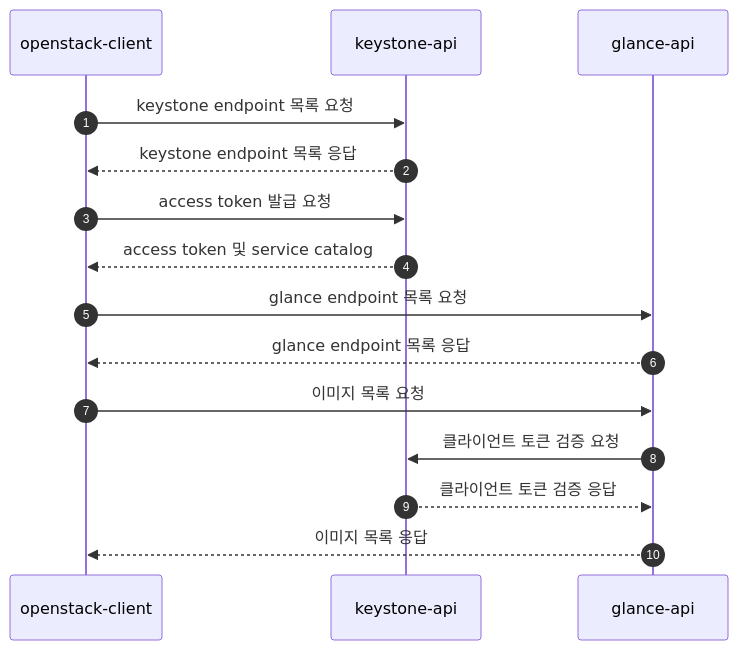
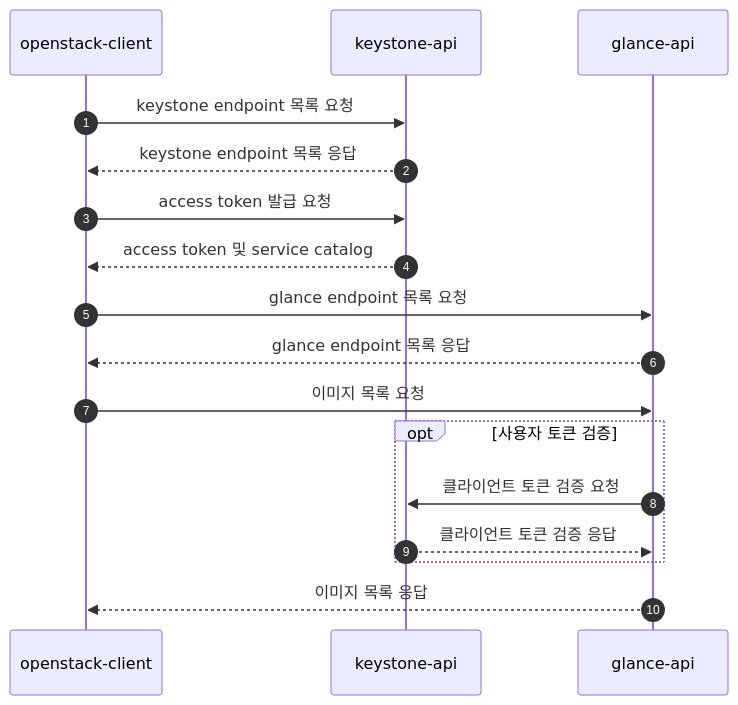
Before and after one commit to jade-kinx/jade-kinx.github.io: the diagram in docs/openstack/debugging/python-openstackclient-with-requests-dump.md, drawn with Mermaid. The commit also changed other lines of this file and 4 other files, not shown here.

````diff
--- a/docs/openstack/debugging/python-openstackclient-with-requests-dump.md
+++ b/docs/openstack/debugging/python-openstackclient-with-requests-dump.md
@@ -1120,17 +1120,19 @@
 ``` mermaid
 sequenceDiagram
   autonumber
   participant client as openstack-client
   participant keystone as keystone-api
   participant glance as glance-api
   client->>keystone: keystone endpoint 목록 요청
   keystone-->>client: keystone endpoint 목록 응답
   client->>keystone: access token 발급 요청
   keystone-->>client: access token 및 service catalog
   client->>glance: glance endpoint 목록 요청
   glance-->>client: glance endpoint 목록 응답
   client->>glance: 이미지 목록 요청
-  glance->>keystone: 클라이언트 토큰 검증 요청
-  keystone-->>glance: 클라이언트 토큰 검증 응답
+  opt 사용자 토큰 검증
+      glance->>keystone: 클라이언트 토큰 검증 요청
+      keystone-->>glance: 클라이언트 토큰 검증 응답
+  end
   glance-->>client: 이미지 목록 응답
 ```
````
